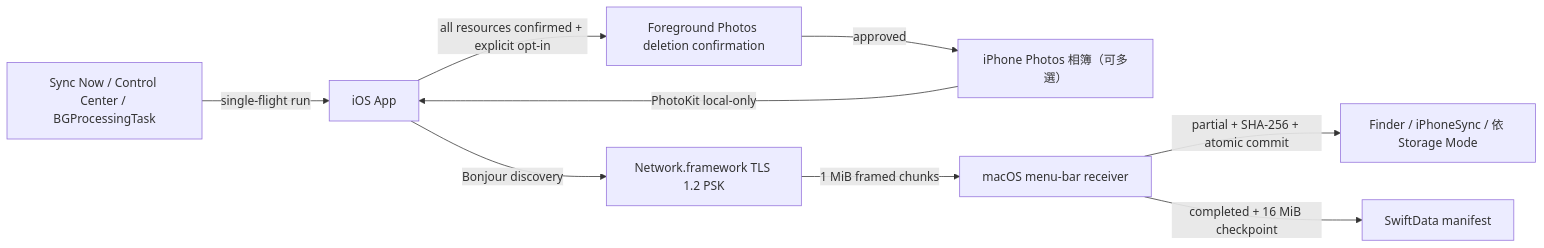
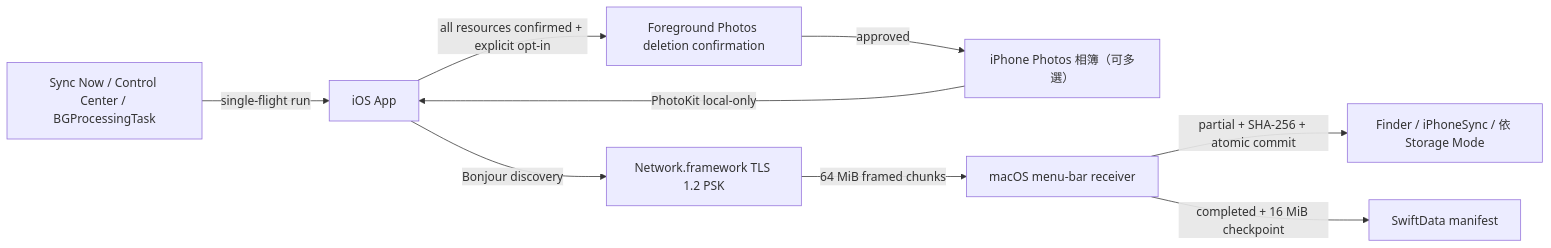
One commit to BizShuk/iphone_sync changed the diagram in README.md. Above: the diagram before and after it, drawn with Mermaid. The commit also changed other lines of this file and 6 other files, not shown here.

````diff
--- a/README.md
+++ b/README.md
@@ -43,11 +43,11 @@
 ```mermaid
 flowchart LR
     T["Sync Now / Control Center / BGProcessingTask"] -->|"single-flight run"| A["iOS App"]
     P["iPhone Photos 相簿（可多選）"] -->|"PhotoKit local-only"| A
     A -->|"Bonjour discovery"| C["Network.framework TLS 1.2 PSK"]
-    C -->|"1 MiB framed chunks"| D["macOS menu-bar receiver"]
+    C -->|"64 MiB framed chunks"| D["macOS menu-bar receiver"]
     D -->|"partial + SHA-256 + atomic commit"| E["Finder / iPhoneSync / 依 Storage Mode"]
     D -->|"completed + 16 MiB checkpoint"| F["SwiftData manifest"]
     A -->|"all resources confirmed + explicit opt-in"| G["Foreground Photos deletion confirmation"]
     G -->|"approved"| P
 ```
````
